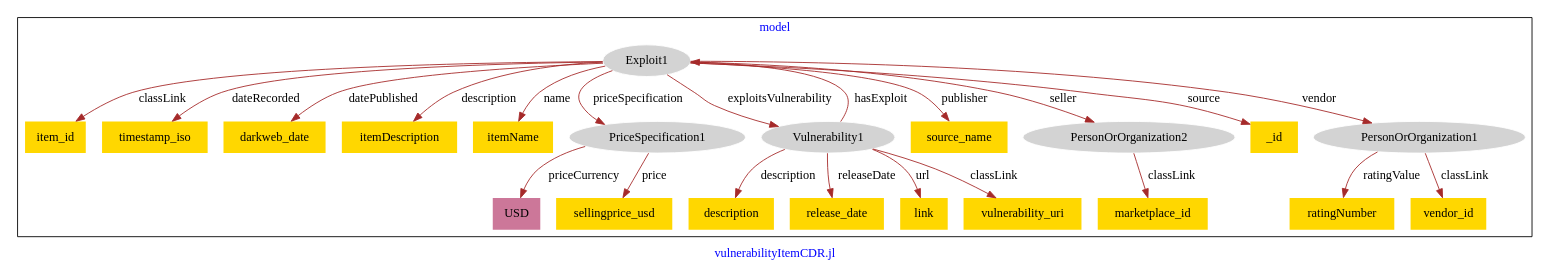
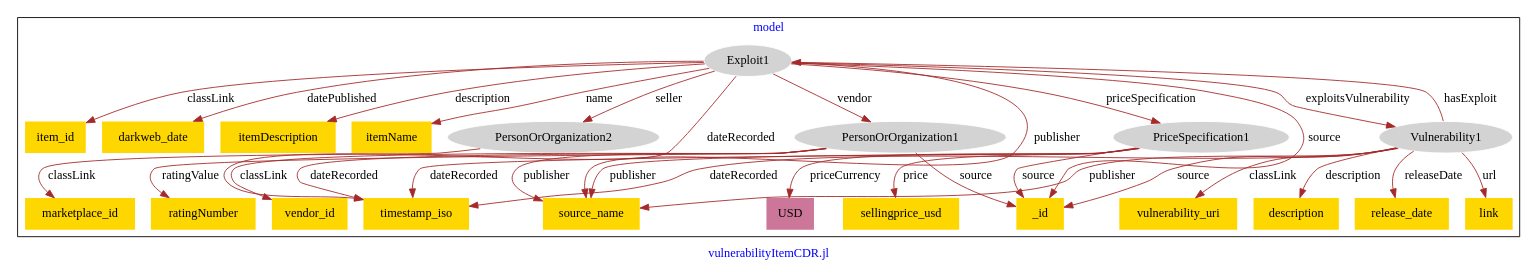
One commit to usc-isi-i2/effect-alignment changed the diagram in models/asu-vulnerability-items/vulnerabilityItem-model.dot. Above: the diagram before and after it, drawn with Graphviz.

Commit message:
Update file vulnerabilityItem-model.dot

```diff
--- a/models/asu-vulnerability-items/vulnerabilityItem-model.dot
+++ b/models/asu-vulnerability-items/vulnerabilityItem-model.dot
@@ -1,50 +1,59 @@
 digraph n0 {
 fontcolor="blue"
 remincross="true"
 label="vulnerabilityItemCDR.jl"
 subgraph cluster {
 label="model"
 n2[style="filled",color="white",fillcolor="lightgray",label="Exploit1"];
 n3[shape="plaintext",style="filled",fillcolor="gold",label="item_id"];
-n4[shape="plaintext",style="filled",fillcolor="gold",label="timestamp_iso"];
-n5[style="filled",color="white",fillcolor="lightgray",label="Vulnerability1"];
-n6[shape="plaintext",style="filled",fillcolor="gold",label="darkweb_date"];
-n7[shape="plaintext",style="filled",fillcolor="gold",label="itemDescription"];
-n8[shape="plaintext",style="filled",fillcolor="gold",label="itemName"];
-n9[style="filled",color="white",fillcolor="lightgray",label="PriceSpecification1"];
+n4[shape="plaintext",style="filled",fillcolor="gold",label="darkweb_date"];
+n5[shape="plaintext",style="filled",fillcolor="gold",label="itemDescription"];
+n6[shape="plaintext",style="filled",fillcolor="gold",label="itemName"];
+n7[style="filled",color="white",fillcolor="lightgray",label="PersonOrOrganization1"];
+n8[shape="plaintext",style="filled",fillcolor="gold",label="vendor_id"];
+n9[shape="plaintext",style="filled",fillcolor="gold",label="timestamp_iso"];
 n10[shape="plaintext",style="filled",fillcolor="gold",label="source_name"];
-n11[style="filled",color="white",fillcolor="lightgray",label="PersonOrOrganization2"];
+n11[shape="plaintext",style="filled",fillcolor="gold",label="ratingNumber"];
 n12[shape="plaintext",style="filled",fillcolor="gold",label="_id"];
-n13[style="filled",color="white",fillcolor="lightgray",label="PersonOrOrganization1"];
-n14[shape="plaintext",style="filled",fillcolor="gold",label="vendor_id"];
-n15[shape="plaintext",style="filled",fillcolor="gold",label="ratingNumber"];
-n16[shape="plaintext",style="filled",fillcolor="gold",label="marketplace_id"];
-n17[shape="plaintext",style="filled",fillcolor="gold",label="vulnerability_uri"];
-n18[shape="plaintext",style="filled",fillcolor="gold",label="description"];
-n19[shape="plaintext",style="filled",fillcolor="gold",label="release_date"];
-n20[shape="plaintext",style="filled",fillcolor="gold",label="link"];
+n13[style="filled",color="white",fillcolor="lightgray",label="PersonOrOrganization2"];
+n14[shape="plaintext",style="filled",fillcolor="gold",label="marketplace_id"];
+n15[style="filled",color="white",fillcolor="lightgray",label="Vulnerability1"];
+n16[shape="plaintext",style="filled",fillcolor="gold",label="vulnerability_uri"];
+n17[shape="plaintext",style="filled",fillcolor="gold",label="description"];
+n18[shape="plaintext",style="filled",fillcolor="gold",label="release_date"];
+n19[shape="plaintext",style="filled",fillcolor="gold",label="link"];
+n20[style="filled",color="white",fillcolor="lightgray",label="PriceSpecification1"];
 n21[shape="plaintext",style="filled",fillcolor="gold",label="sellingprice_usd"];
 n22[shape="plaintext",style="filled",fillcolor="#CC7799",label="USD"];
 }
 n2 -> n3[color="brown",fontcolor="black",label="classLink"]
-n2 -> n4[color="brown",fontcolor="black",label="dateRecorded"]
-n2 -> n5[color="brown",fontcolor="black",label="exploitsVulnerability"]
-n2 -> n6[color="brown",fontcolor="black",label="datePublished"]
-n2 -> n7[color="brown",fontcolor="black",label="description"]
-n2 -> n8[color="brown",fontcolor="black",label="name"]
-n2 -> n9[color="brown",fontcolor="black",label="priceSpecification"]
+n2 -> n4[color="brown",fontcolor="black",label="datePublished"]
+n2 -> n5[color="brown",fontcolor="black",label="description"]
+n2 -> n6[color="brown",fontcolor="black",label="name"]
+n2 -> n7[color="brown",fontcolor="black",label="vendor"]
+n7 -> n8[color="brown",fontcolor="black",label="classLink"]
+n7 -> n9[color="brown",fontcolor="black",label="dateRecorded"]
+n7 -> n10[color="brown",fontcolor="black",label="publisher"]
+n7 -> n11[color="brown",fontcolor="black",label="ratingValue"]
+n7 -> n12[color="brown",fontcolor="black",label="source"]
+n13 -> n14[color="brown",fontcolor="black",label="classLink"]
+n15 -> n16[color="brown",fontcolor="black",label="classLink"]
+n15 -> n17[color="brown",fontcolor="black",label="description"]
+n15 -> n10[color="brown",fontcolor="black",label="publisher"]
+n15 -> n18[color="brown",fontcolor="black",label="releaseDate"]
+n15 -> n19[color="brown",fontcolor="black",label="url"]
+n20 -> n21[color="brown",fontcolor="black",label="price"]
+n20 -> n22[color="brown",fontcolor="black",label="priceCurrency"]
+n20 -> n10[color="brown",fontcolor="black",label="publisher"]
+n2 -> n9[color="brown",fontcolor="black",label="dateRecorded"]
+n2 -> n20[color="brown",fontcolor="black",label="priceSpecification"]
+n15 -> n12[color="brown",fontcolor="black",label="source"]
+n2 -> n12[color="brown",fontcolor="black",label="source"]
+n15 -> n2[color="brown",fontcolor="black",label="hasExploit"]
+n2 -> n15[color="brown",fontcolor="black",label="exploitsVulnerability"]
 n2 -> n10[color="brown",fontcolor="black",label="publisher"]
-n2 -> n11[color="brown",fontcolor="black",label="seller"]
-n2 -> n12[color="brown",fontcolor="black",label="source"]
-n2 -> n13[color="brown",fontcolor="black",label="vendor"]
-n13 -> n14[color="brown",fontcolor="black",label="classLink"]
-n13 -> n15[color="brown",fontcolor="black",label="ratingValue"]
-n11 -> n16[color="brown",fontcolor="black",label="classLink"]
-n5 -> n17[color="brown",fontcolor="black",label="classLink"]
-n5 -> n18[color="brown",fontcolor="black",label="description"]
-n5 -> n19[color="brown",fontcolor="black",label="releaseDate"]
-n5 -> n20[color="brown",fontcolor="black",label="url"]
-n9 -> n21[color="brown",fontcolor="black",label="price"]
-n9 -> n22[color="brown",fontcolor="black",label="priceCurrency"]
-n5 -> n2[color="brown",fontcolor="black",label="hasExploit"]
+n20 -> n12[color="brown",fontcolor="black",label="source"]
+n20 -> n9[color="brown",fontcolor="black",label="dateRecorded"]
+n2 -> n13[color="brown",fontcolor="black",label="seller"]
+n15 -> n9[color="brown",fontcolor="black",label="dateRecorded"]
 }
```
